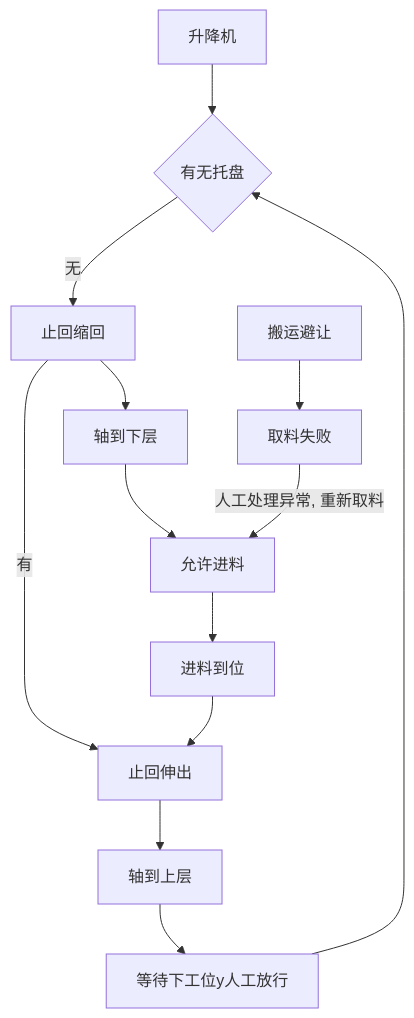
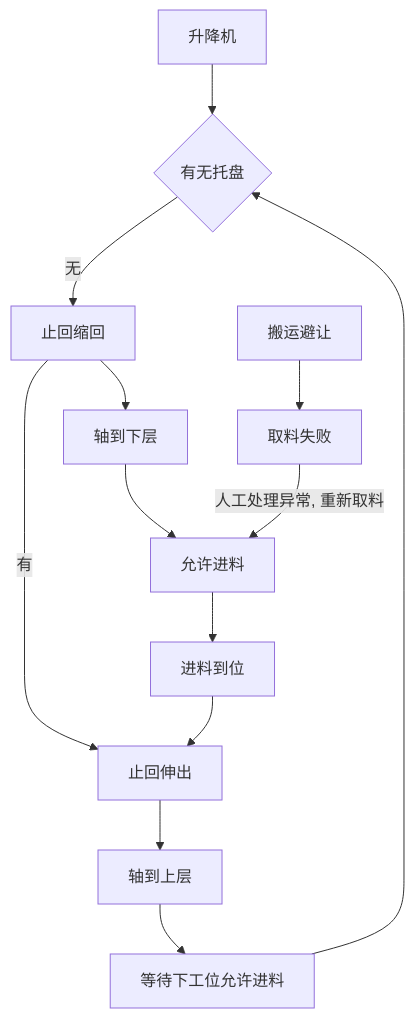
Before and after one commit to PengKun1/iodraw-files: the diagram in all/升降台.md, drawn with Mermaid.

Commit message:
2024-12-23 10:20:35 update

````diff
--- a/all/升降台.md
+++ b/all/升降台.md
@@ -1,16 +1,16 @@
 ```mermaid
 graph TD
 0[升降机]-->10
 10{有无托盘}-->|无|20
 20-->|有|60
 20[止回缩回]-->30
 30[轴到下层]-->40
 40[允许进料]-->50
 50[进料到位]-->60
 60[止回伸出]-->70
 70[轴到上层]-->80
-80[等待下工位y人工放行]-->10
+80[等待下工位允许进料]-->10
 90[搬运避让]-->900
 
 900[取料失败]-->|人工处理异常, 重新取料|40
 ```
````
